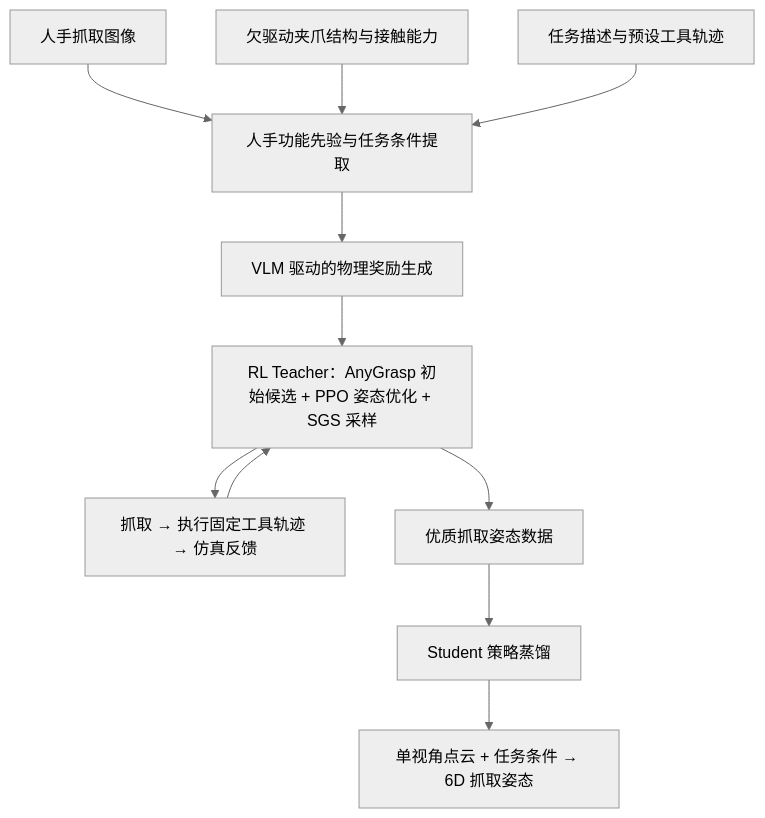
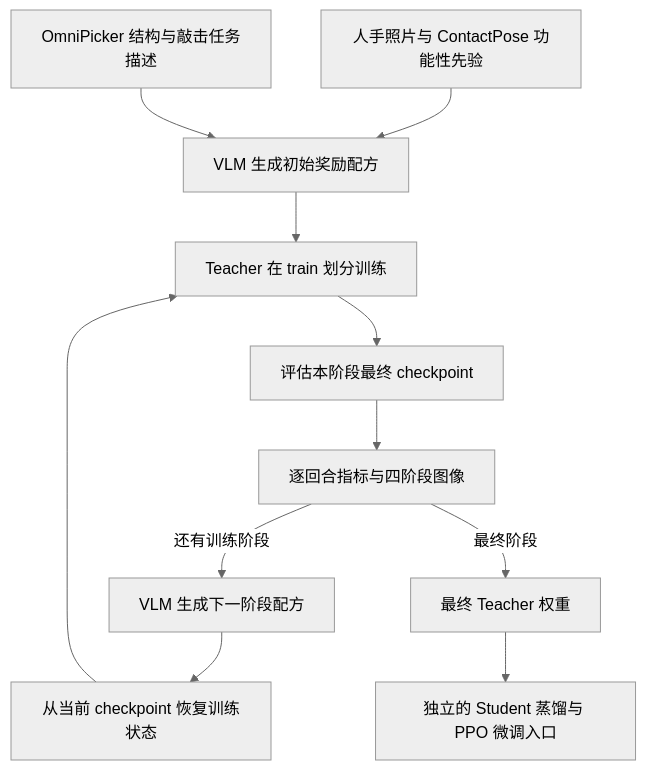
Before and after one commit to dishenliu2004-hub/hammering-task: the diagram in docs/human_guided_dynamic_grasp_framework.md, drawn with Mermaid (neutral theme). The commit also changed other lines of this file and 10 other files, not shown here.

````diff
--- a/docs/human_guided_dynamic_grasp_framework.md
+++ b/docs/human_guided_dynamic_grasp_framework.md
@@ -26,13 +13,13 @@
 ```mermaid
 flowchart TD
-    A[人手抓取图像] --> D[人手功能先验与任务条件提取]
-    B[欠驱动夹爪结构与接触能力] --> D
-    C[任务描述与预设工具轨迹] --> D
-    D --> E[VLM 驱动的物理奖励生成]
-    E --> F[RL Teacher：AnyGrasp 初始候选 + PPO 姿态优化 + SGS 采样]
-    F --> G[抓取 → 执行固定工具轨迹 → 仿真反馈]
-    G --> F
-    F --> H[优质抓取姿态数据]
-    H --> I[Student 策略蒸馏]
-    I --> J[单视角点云 + 任务条件 → 6D 抓取姿态]
+    A[人手照片与 ContactPose 功能性先验] --> C[VLM 生成初始奖励配方]
+    B[OmniPicker 结构与敲击任务描述] --> C
+    C --> D[Teacher 在 train 划分训练]
+    D --> E[评估本阶段最终 checkpoint]
+    E --> F[逐回合指标与四阶段图像]
+    F -->|还有训练阶段| G[VLM 生成下一阶段配方]
+    G --> H[从当前 checkpoint 恢复训练状态]
+    H --> D
+    F -->|最终阶段| I[最终 Teacher 权重]
+    I --> J[独立的 Student 蒸馏与 PPO 微调入口]
 ```
````
